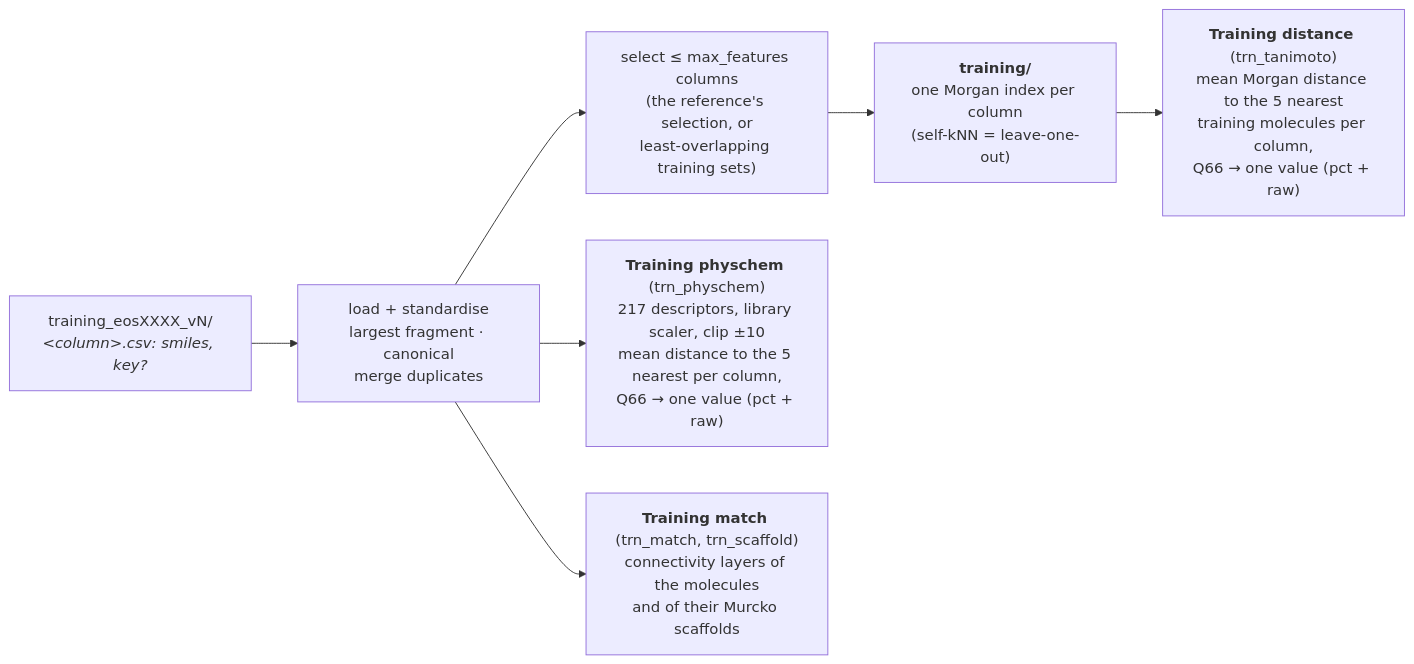
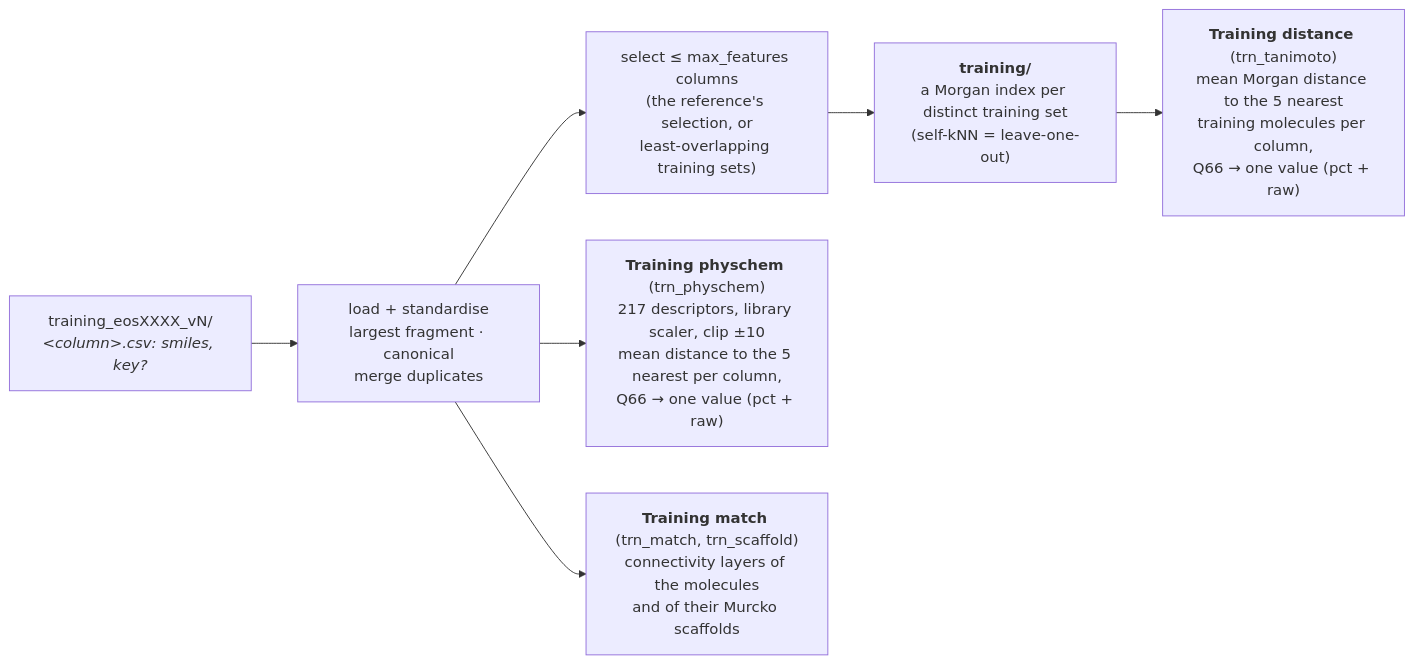
One commit to ersilia-os/eosquality changed the second of 3 diagrams in docs/diagram.md. Above: the diagram before and after it, drawn with Mermaid. The commit also changed other lines of this file and 79 other files, not shown here.

````diff
--- a/docs/diagram.md
+++ b/docs/diagram.md
@@ -23,9 +23,9 @@
 ```mermaid
 flowchart LR
     TR["training_eosXXXX_vN/<br/><i>&lt;column&gt;.csv: smiles, key?</i>"] --> LD["load + standardise<br/>largest fragment · canonical<br/>merge duplicates"]
     LD --> SEL["select ≤ max_features columns<br/>(the reference's selection, or<br/>least-overlapping training sets)"]
-    SEL --> IDX["<b>training/</b><br/>one Morgan index per column<br/>(self-kNN = leave-one-out)"]
+    SEL --> IDX["<b>training/</b><br/>a Morgan index per distinct training set<br/>(self-kNN = leave-one-out)"]
     IDX --> TD["<b>Training distance</b> (trn_tanimoto)<br/>mean Morgan distance to the 5 nearest<br/>training molecules per column,<br/>Q66 → one value (pct + raw)"]
     LD --> TP["<b>Training physchem</b> (trn_physchem)<br/>217 descriptors, library scaler, clip ±10<br/>mean distance to the 5 nearest per column,<br/>Q66 → one value (pct + raw)"]
     LD --> TM["<b>Training match</b> (trn_match, trn_scaffold)<br/>connectivity layers of the molecules<br/>and of their Murcko scaffolds"]
 ```
````
